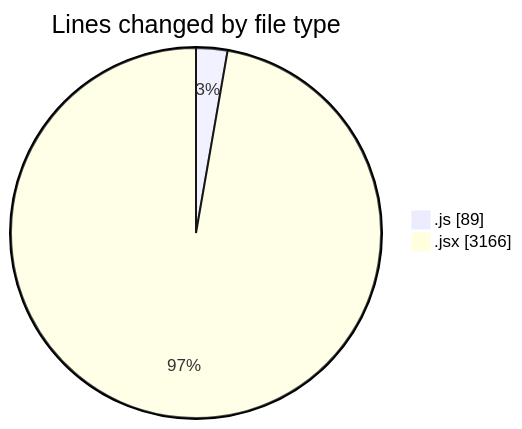
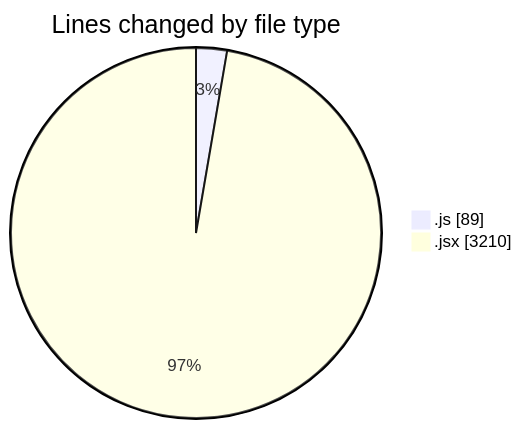
Before and after one commit to nxtqubesakshisongat/code-tracking: the first of 2 diagrams in 2025-05-03/nxtqube_webapp/README.md, drawn with Mermaid. The commit also changed other lines of this file and 1 other file, not shown here.

````diff
--- a/2025-05-03/nxtqube_webapp/README.md
+++ b/2025-05-03/nxtqube_webapp/README.md
@@ -24,6 +24,6 @@
 ```mermaid
 pie showData
 title Lines changed by file type
 ".js" : 89
-".jsx" : 3166
+".jsx" : 3210
 ```
````
